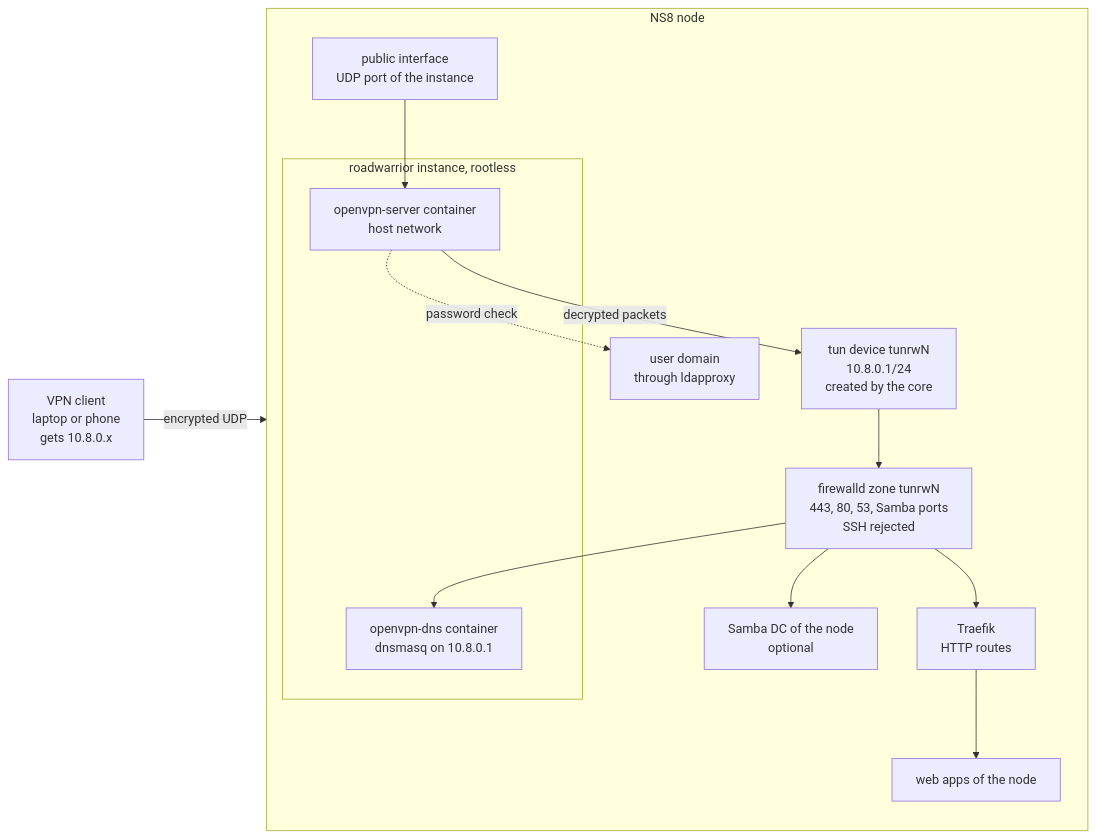
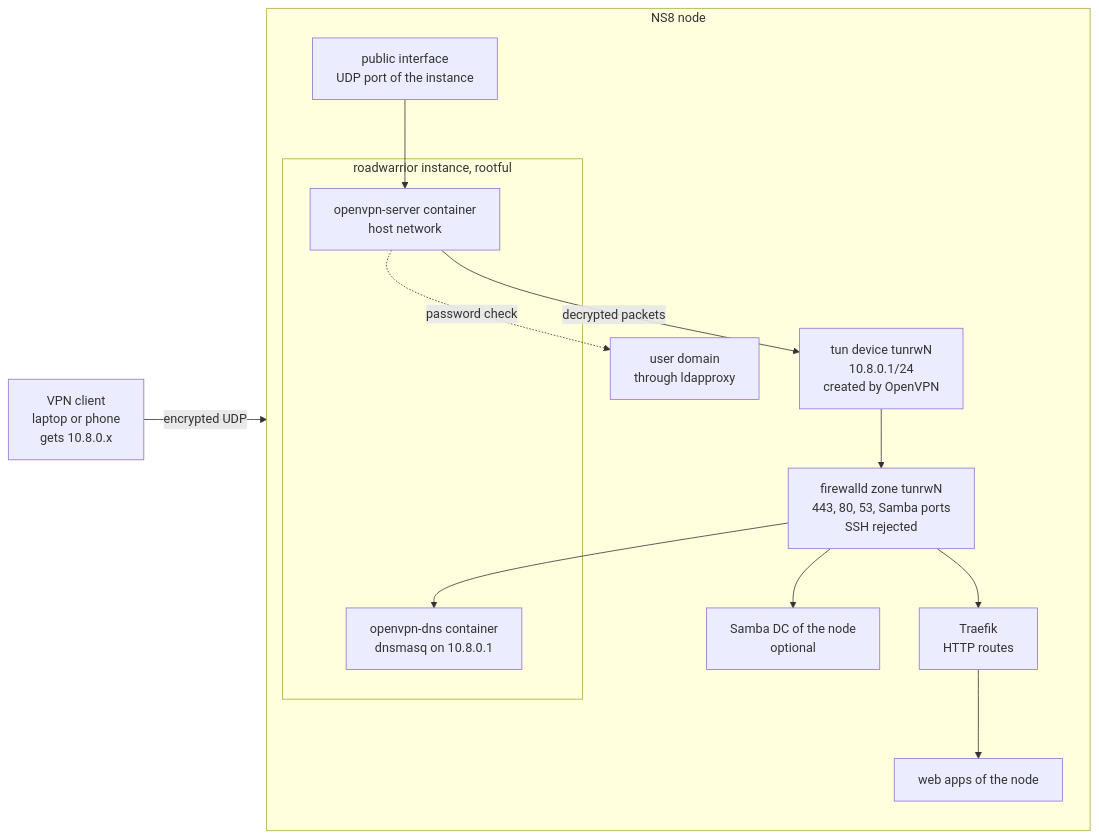
Before and after one commit to stephdl/ns8-roadwarrior: the first of 7 diagrams in docs/network.md, drawn with Mermaid. The commit also changed other lines of this file and 1 other file, not shown here.

Commit message:
docs: describe the rootful privilege model

````diff
--- a/docs/network.md
+++ b/docs/network.md
@@ -7,29 +7,29 @@
 ```mermaid
 flowchart LR
     client["VPN client<br/>laptop or phone<br/>gets 10.8.0.x"]
 
     subgraph node["NS8 node"]
         direction TB
         nic["public interface<br/>UDP port of the instance"]
 
-        subgraph module["roadwarrior instance, rootless"]
+        subgraph module["roadwarrior instance, rootful"]
             ovpn["openvpn-server container<br/>host network"]
             dns["openvpn-dns container<br/>dnsmasq on 10.8.0.1"]
         end
 
-        tun["tun device tunrwN<br/>10.8.0.1/24<br/>created by the core"]
+        tun["tun device tunrwN<br/>10.8.0.1/24<br/>created by OpenVPN"]
         zone["firewalld zone tunrwN<br/>443, 80, 53, Samba ports<br/>SSH rejected"]
         traefik["Traefik<br/>HTTP routes"]
         apps["web apps of the node"]
         samba["Samba DC of the node<br/>optional"]
         ldap["user domain<br/>through ldapproxy"]
     end
 
     client -- "encrypted UDP" --> nic --> ovpn
     ovpn -- "decrypted packets" --> tun
     tun --> zone
     zone --> traefik --> apps
     zone --> samba
     zone --> dns
     ovpn -. "password check" .-> ldap
 ```
````
